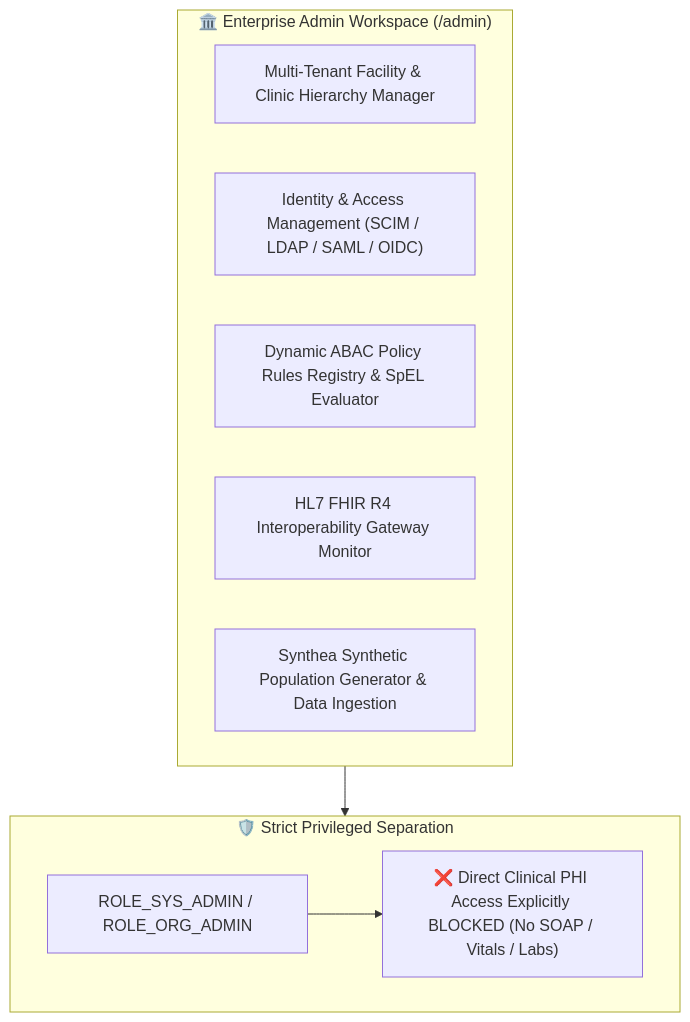
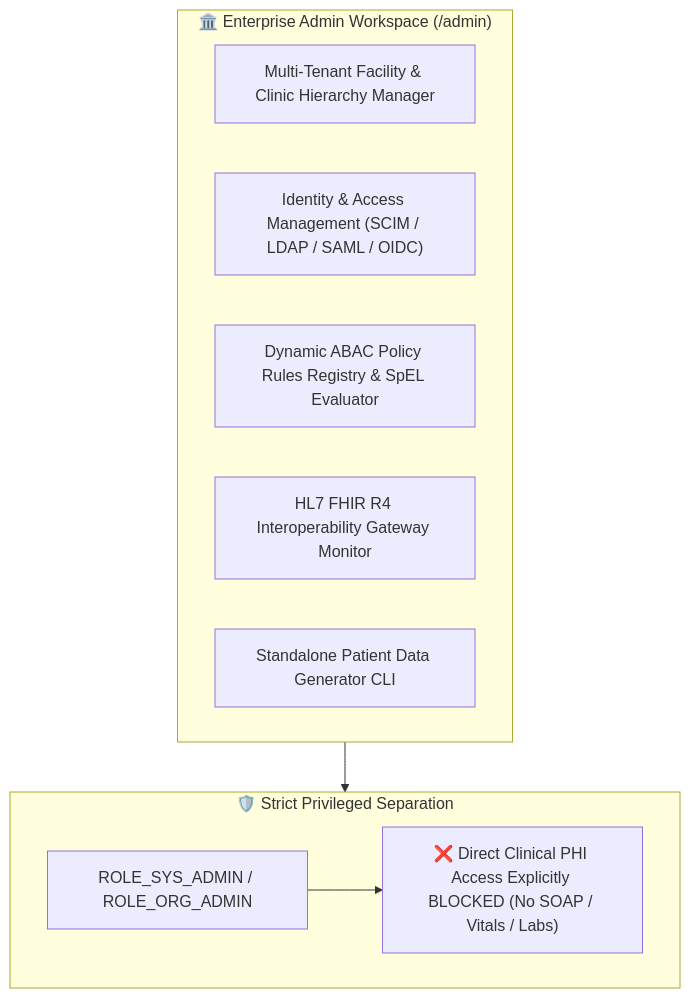
Before and after one commit to kamranxdev/Sentinel-EHR: the first of 2 diagrams in docs/workspaces/admin-workspace-spec.md, drawn with Mermaid. The commit also changed other lines of this file and 162 other files, not shown here.

````diff
--- a/docs/workspaces/admin-workspace-spec.md
+++ b/docs/workspaces/admin-workspace-spec.md
@@ -11,18 +11,18 @@
 ```mermaid
 flowchart TD
     subgraph Admin_Console ["🏛️ Enterprise Admin Workspace (/admin)"]
         TenantMgmt["Multi-Tenant Facility & Clinic Hierarchy Manager"]
         IAM_Desk["Identity & Access Management (SCIM / LDAP / SAML / OIDC)"]
         ABAC_PolicyEngine["Dynamic ABAC Policy Rules Registry & SpEL Evaluator"]
         InteropGateway["HL7 FHIR R4 Interoperability Gateway Monitor"]
-        SyntheaPipeline["Synthea Synthetic Population Generator & Data Ingestion"]
+        DataGenCLI["Standalone Patient Data Generator CLI"]
     end
 
     subgraph Security_Boundary ["🛡️ Strict Privileged Separation"]
         AdminRole["ROLE_SYS_ADMIN / ROLE_ORG_ADMIN"]
         NoClinicalPHI["❌ Direct Clinical PHI Access Explicitly BLOCKED (No SOAP / Vitals / Labs)"]
         AdminRole --> NoClinicalPHI
     end
 
     Admin_Console --> Security_Boundary
 ```
````
